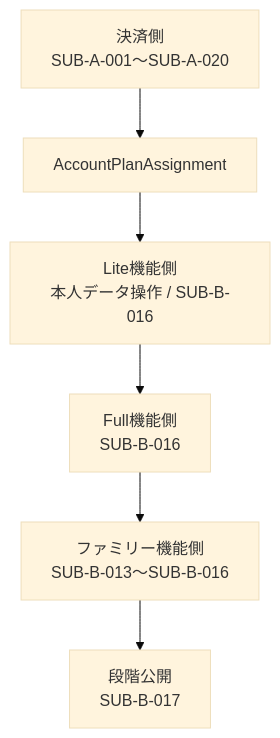
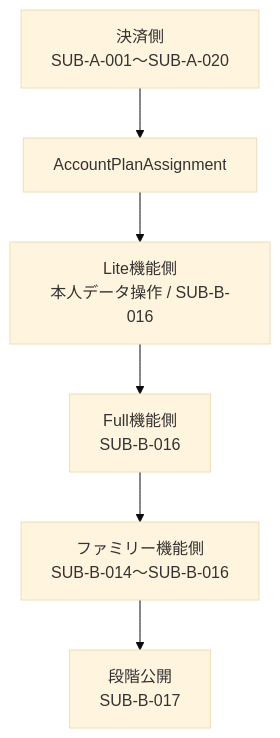
One commit to kkyosuke/me-builder changed the third of 3 diagrams in docs/development/subscription-remaining-tasks.md. Above: the diagram before and after it, drawn with Mermaid (base theme). The commit also changed other lines of this file and 17 other files, not shown here.

````diff
--- a/docs/development/subscription-remaining-tasks.md
+++ b/docs/development/subscription-remaining-tasks.md
@@ -99,8 +99,8 @@
 ```mermaid
 flowchart TD
     A[決済側<br/>SUB-A-001〜SUB-A-020] --> I[AccountPlanAssignment]
     I --> L[Lite機能側<br/>本人データ操作 / SUB-B-016]
     L --> U[Full機能側<br/>SUB-B-016]
-    U --> F[ファミリー機能側<br/>SUB-B-013〜SUB-B-016]
+    U --> F[ファミリー機能側<br/>SUB-B-014〜SUB-B-016]
     F --> R[段階公開<br/>SUB-B-017]
 ```
````
